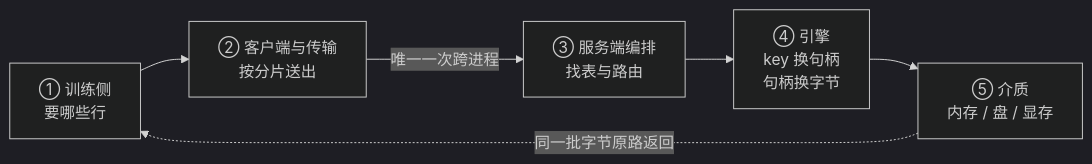
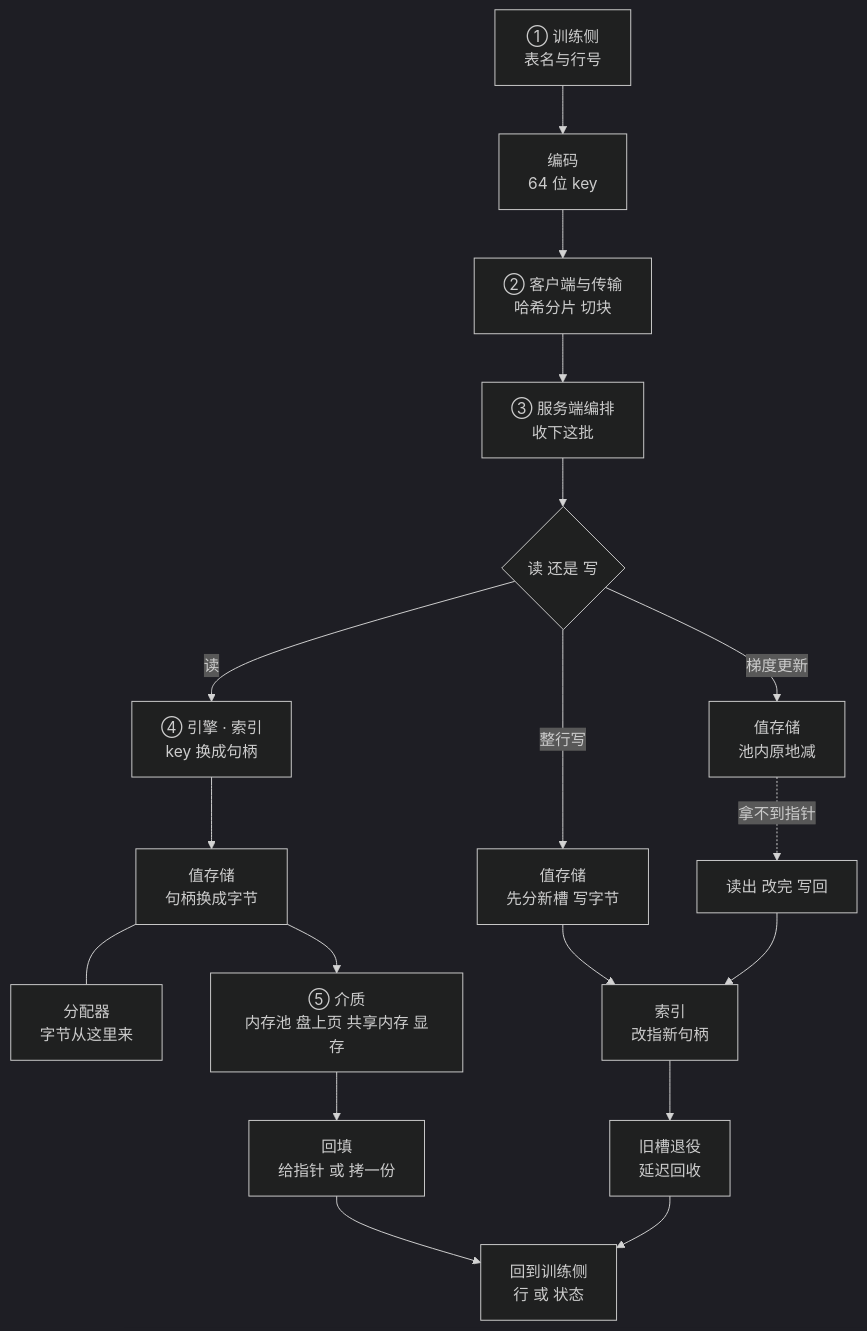
The diagram in docs/ch05/journey.md (wurenrumian/rs-arch), drawn with Mermaid (dark theme) before and after one commit. The commit also changed other lines of this file and 15 other files, not shown here.

````diff
--- a/docs/ch05/journey.md
+++ b/docs/ch05/journey.md
@@ -23,8 +23,20 @@
 ```mermaid
-flowchart LR
-  A["① 训练侧<br/>要哪些行"] --> B["② 客户端与传输<br/>按分片送出"]
-  B -->|"唯一一次跨进程"| C["③ 服务端编排<br/>找表与路由"]
-  C --> D["④ 引擎<br/>key 换句柄<br/>句柄换字节"]
-  D --> E["⑤ 介质<br/>内存 / 盘 / 显存"]
-  E -.->|"同一批字节原路返回"| A
+flowchart TB
+  A["① 训练侧<br/>表名与行号"] --> B["编码<br/>64 位 key"]
+  B --> C["② 客户端与传输<br/>哈希分片 切块"]
+  C --> D["③ 服务端编排<br/>收下这批"]
+  D --> R{"读 还是 写"}
+  R -->|"读"| E["④ 引擎 · 索引<br/>key 换成句柄"]
+  E --> F["值存储<br/>句柄换成字节"]
+  F --- P["分配器<br/>字节从这里来"]
+  F --> G["⑤ 介质<br/>内存池 盘上页 共享内存 显存"]
+  G --> H["回填<br/>给指针 或 拷一份"]
+  H --> Z["回到训练侧<br/>行 或 状态"]
+  R -->|"整行写"| W1["值存储<br/>先分新槽 写字节"]
+  W1 --> W2["索引<br/>改指新句柄"]
+  W2 --> W3["旧槽退役<br/>延迟回收"]
+  W3 --> Z
+  R -->|"梯度更新"| U1["值存储<br/>池内原地减"]
+  U1 -.->|"拿不到指针"| U2["读出 改完 写回"]
+  U2 --> W2
 ```
````
